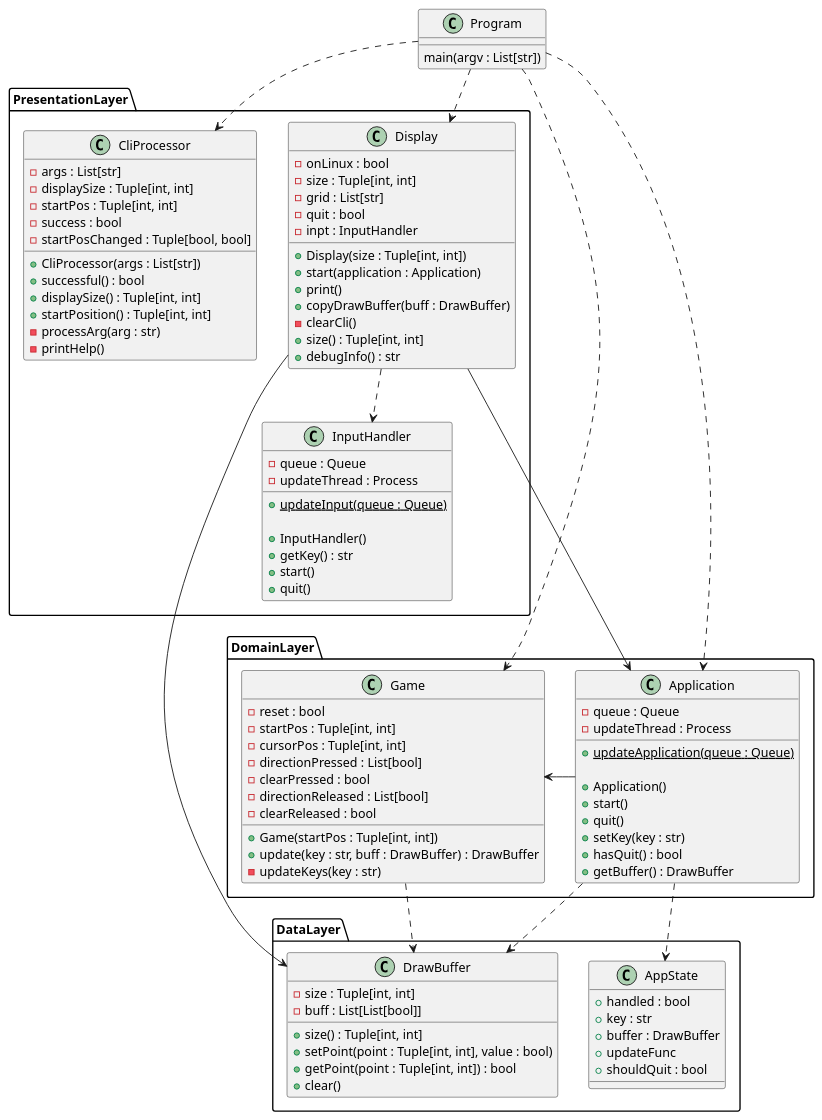
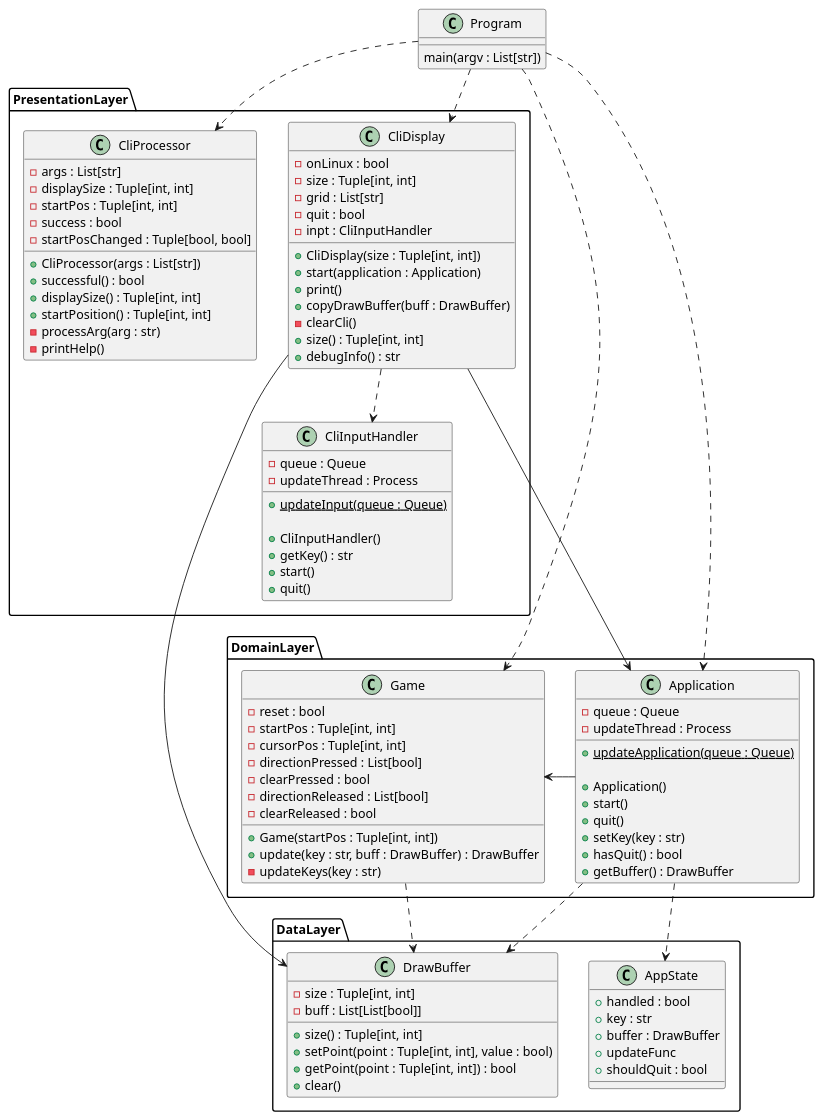
Before and after one commit to blueOkiris/EmbeddedLinuxClass: the first of 2 diagrams in hw01/docs/etchsketch.plantuml, drawn with PlantUML. The commit also changed other lines of this file and 5 other files, not shown here.

Commit message:
Changed display name to cli display as a new display will work slightly differently

```diff
--- a/hw01/docs/etchsketch.plantuml
+++ b/hw01/docs/etchsketch.plantuml
@@ -1,116 +1,116 @@
 @startuml etch-a-sketch-class
 
 class Program {
     main(argv : List[str])
 }
 
 namespace PresentationLayer {
-    class Display {
+    class CliDisplay {
         - onLinux : bool
         - size : Tuple[int, int]
         - grid : List[str]
         - quit : bool
-        - inpt : InputHandler
+        - inpt : CliInputHandler
 
-        + Display(size : Tuple[int, int])
+        + CliDisplay(size : Tuple[int, int])
         + start(application : Application)
         + print()
         + copyDrawBuffer(buff : DrawBuffer)
         - clearCli()
         + size() : Tuple[int, int]
         + debugInfo() : str
     }
 
     class CliProcessor {
         - args : List[str]
         - displaySize : Tuple[int, int]
         - startPos : Tuple[int, int]
         - success : bool
         - startPosChanged : Tuple[bool, bool]
 
         + CliProcessor(args : List[str])
         + successful() : bool
         + displaySize() : Tuple[int, int]
         + startPosition() : Tuple[int, int]
         - processArg(arg : str)
         - printHelp()
     }
 
-    class InputHandler {
+    class CliInputHandler {
         - queue : Queue
         - updateThread : Process
 
         + {static} updateInput(queue : Queue)
 
-        + InputHandler()
+        + CliInputHandler()
         + getKey() : str
         + start()
         + quit()
     }
 
-    Display ..> InputHandler
+    CliDisplay ..> CliInputHandler
 }
 
 namespace DomainLayer {
     class Application {
         - queue : Queue
         - updateThread : Process
 
         + {static} updateApplication(queue : Queue)
 
         + Application()
         + start()
         + quit()
         + setKey(key : str)
         + hasQuit() : bool
         + getBuffer() : DrawBuffer
     }
 
     class Game {
         - reset : bool
         - startPos : Tuple[int, int]
         - cursorPos : Tuple[int, int]
         - directionPressed : List[bool]
         - clearPressed : bool
         - directionReleased : List[bool]
         - clearReleased : bool
         
         + Game(startPos : Tuple[int, int])
         + update(key : str, buff : DrawBuffer) : DrawBuffer
         - updateKeys(key : str)
     }
 
     Application -> Game
 }
 
 namespace DataLayer {
     class DrawBuffer {
         - size : Tuple[int, int]
         - buff : List[List[bool]]
 
         + size() : Tuple[int, int]
         + setPoint(point : Tuple[int, int], value : bool)
         + getPoint(point : Tuple[int, int]) : bool
         + clear()
     }
 
     class AppState {
         + handled : bool
         + key : str
         + buffer : DrawBuffer
         + updateFunc
         + shouldQuit : bool
     }
 }
 
 Program ..> PresentationLayer.CliProcessor
 Program ...> DomainLayer.Game
 Program ...> DomainLayer.Application
-Program ..> PresentationLayer.Display
-PresentationLayer.Display ---> DomainLayer.Application
-PresentationLayer.Display ---> DataLayer.DrawBuffer
+Program ..> PresentationLayer.CliDisplay
+PresentationLayer.CliDisplay ---> DomainLayer.Application
+PresentationLayer.CliDisplay ---> DataLayer.DrawBuffer
 DomainLayer.Application ..> DataLayer.AppState
 DomainLayer.Application ..> DataLayer.DrawBuffer
 DomainLayer.Game ..> DataLayer.DrawBuffer
 
 @enduml
```
